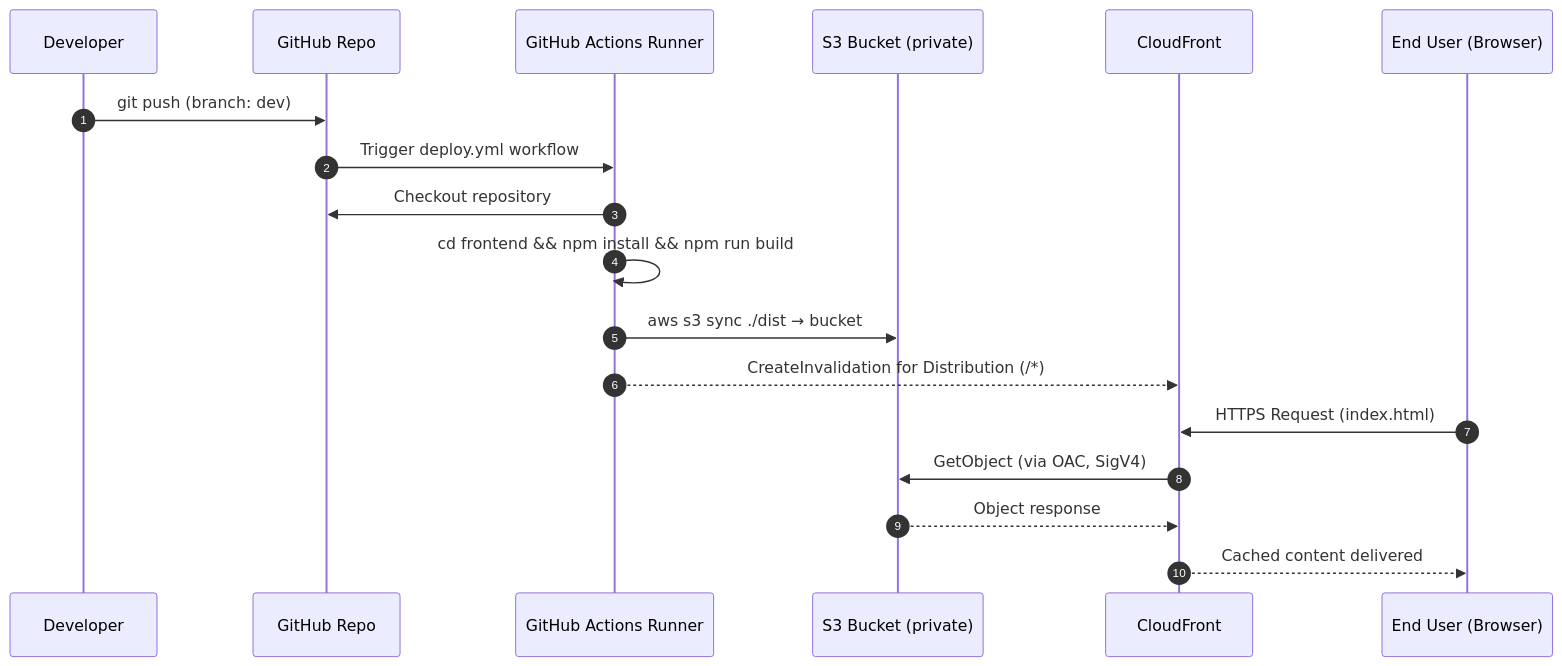
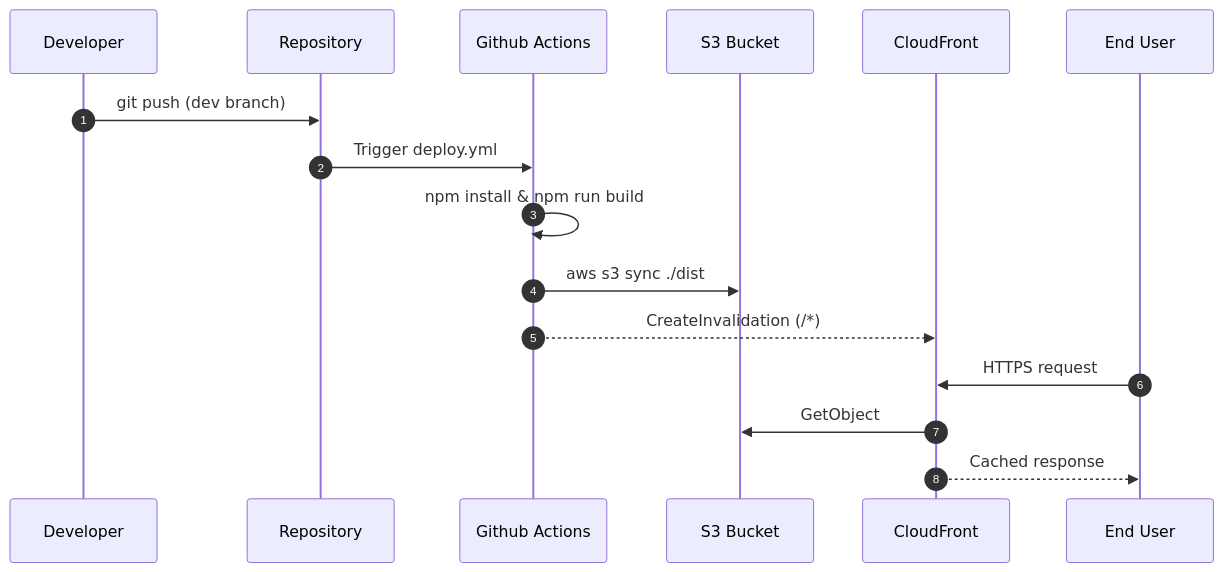
One commit to Codingschule/aws-astro-headless-cms-deployment changed the second of 2 diagrams in README.md. Above: the diagram before and after it, drawn with Mermaid. The commit also changed other lines of this file, not shown here.

````diff
--- a/README.md
+++ b/README.md
@@ -126,34 +159,20 @@
 ```mermaid
 sequenceDiagram
-    autonumber
+  autonumber
 
-    participant Dev as Developer
-    participant GH as GitHub Repo
-    participant GHA as GitHub Actions Runner
-    participant S3 as S3 Bucket (private)
-    participant CF as CloudFront
-    participant User as End User (Browser)
+  participant Dev as Developer
+  participant GIT as Repository
+  participant GHA as Github Actions
+  participant S3 as S3 Bucket
+  participant CF as CloudFront
+  participant User as End User
 
-    %% Code Push
-    Dev->>GH: git push (branch: dev)
-
-    %% CI Trigger
-    GH->>GHA: Trigger deploy.yml workflow
-
-    %% Build Phase
-    GHA->>GH: Checkout repository
-    GHA->>GHA: cd frontend && npm install && npm run build
-
-
-    %% Deploy Phase
-    GHA->>S3: aws s3 sync ./dist → bucket
-
-    %% Invalidation
-    GHA-->>CF: CreateInvalidation for Distribution (/*)
-
-    %% Runtime Access
-    User->>CF: HTTPS Request (index.html)
-    CF->>S3: GetObject (via OAC, SigV4)
-    S3-->>CF: Object response
-    CF-->>User: Cached content delivered
+  Dev->>GIT: git push (dev branch)
+  GIT->>GHA: Trigger deploy.yml
+  GHA->>GHA: npm install & npm run build
+  GHA->>S3: aws s3 sync ./dist
+  GHA-->>CF: CreateInvalidation (/*)
+  User->>CF: HTTPS request
+  CF->>S3: GetObject
+  CF-->>User: Cached response
 ```
````
